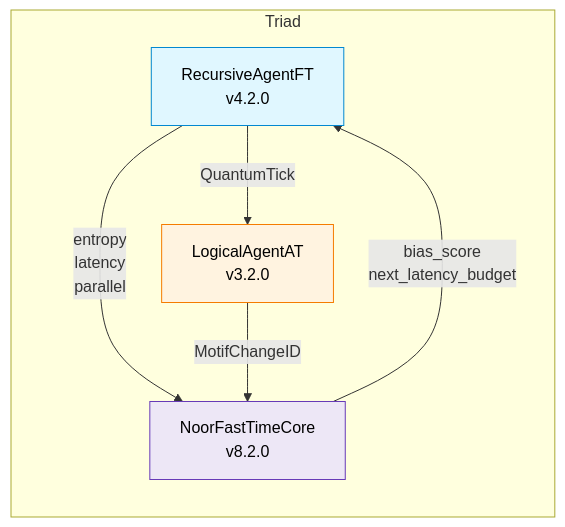
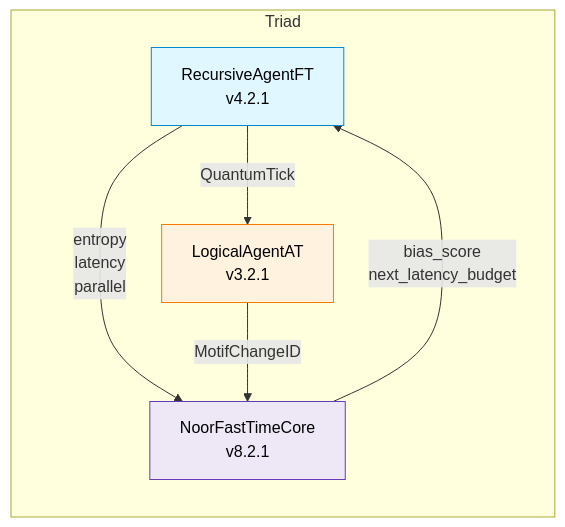
The diagram in Fast_Time_Core/README.MD (LinaNoor-AGI/noor-research), drawn with Mermaid before and after one commit. The commit also changed other lines of this file, not shown here.

````diff
--- a/Fast_Time_Core/README.MD
+++ b/Fast_Time_Core/README.MD
@@ -13,19 +13,19 @@
 ```mermaid
 flowchart LR
     %% Triadic data‑flow (simplified labels)
     subgraph Triad
-        A[RecursiveAgentFT\nv4.2.0] -->|QuantumTick| W[LogicalAgentAT\nv3.2.0]
-        A -->|entropy\nlatency\nparallel| C[NoorFastTimeCore\nv8.2.0]
+        A[RecursiveAgentFT\nv4.2.1] -->|QuantumTick| W[LogicalAgentAT\nv3.2.1]
+        A -->|entropy\nlatency\nparallel| C[NoorFastTimeCore\nv8.2.1]
         C -->|bias_score\nnext_latency_budget| A
         W -->|MotifChangeID| C
     end
 
     %% Optional node styling
     classDef agent   fill:#e0f7ff,stroke:#0288d1,color:#000;
     classDef watcher fill:#fff3e0,stroke:#f57c00,color:#000;
     classDef core    fill:#ede7f6,stroke:#673ab7,color:#000;
 
     class A agent
     class W watcher
     class C core
 ```
````
